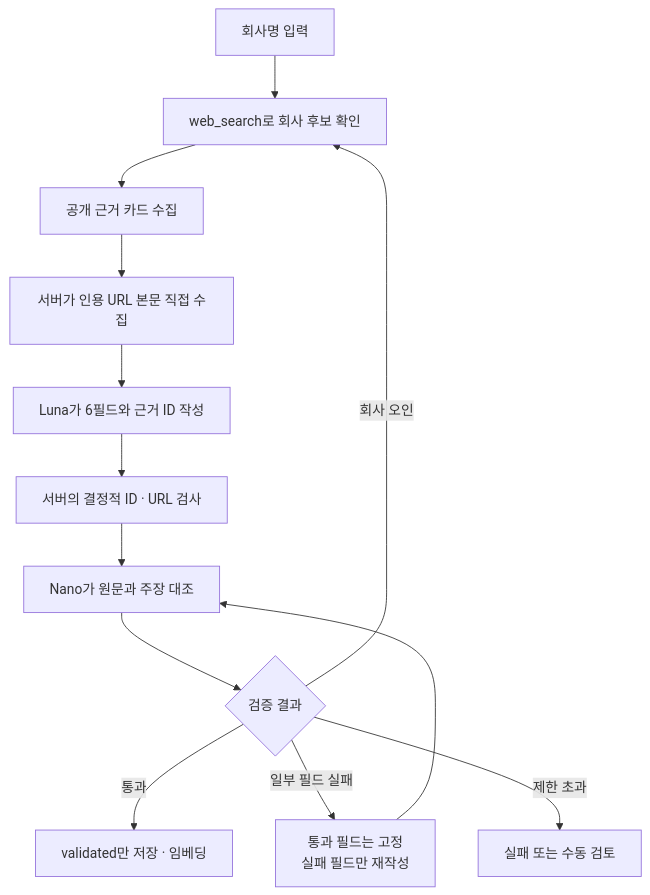
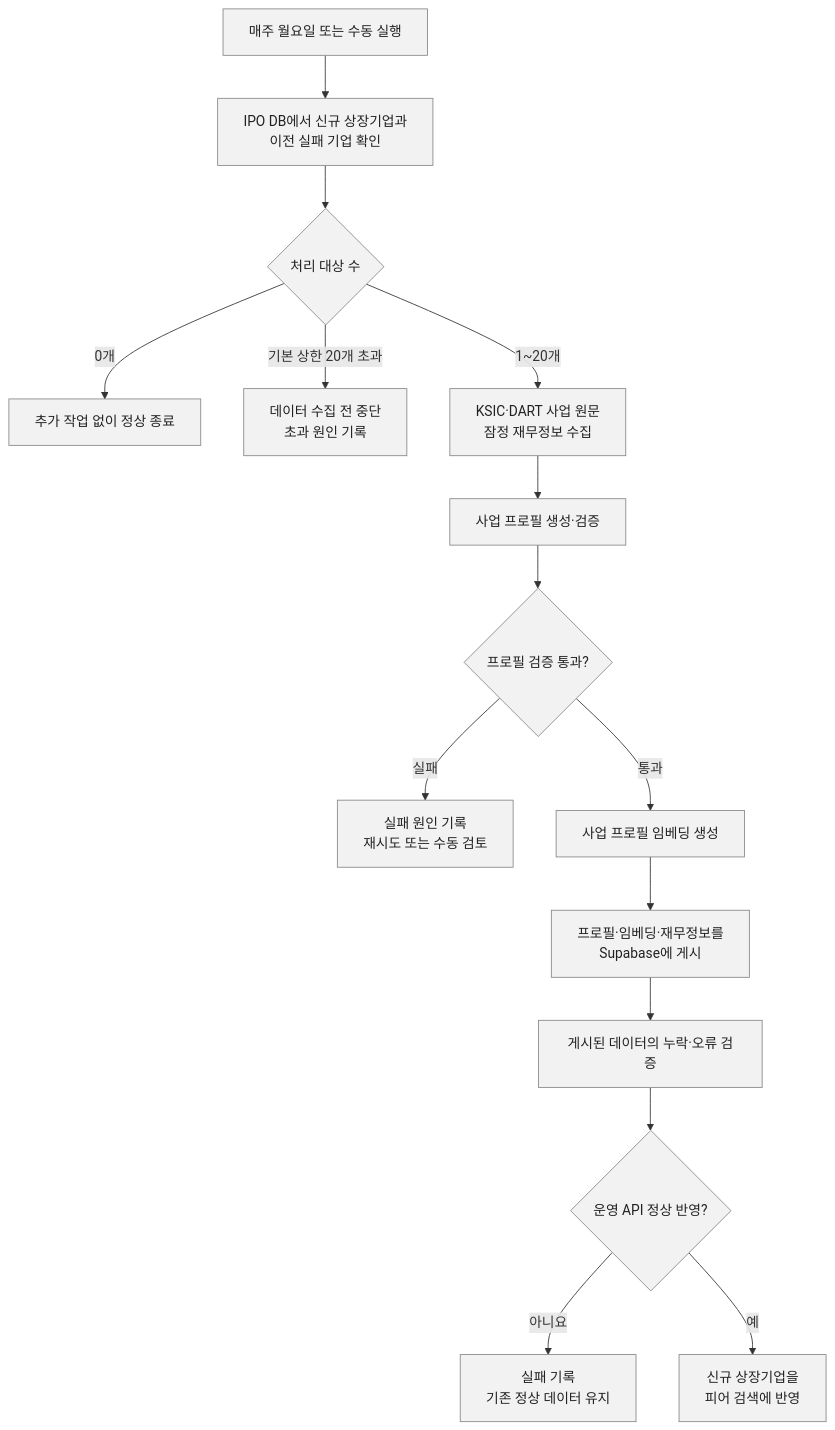
The third of 3 diagrams in content/posts/peergroup-engineering.md (Larryjisu/larryjisu.github.io), drawn with Mermaid before and after one commit. The commit also changed other lines of this file and 5 other files, not shown here.

````diff
--- a/content/posts/peergroup-engineering.md
+++ b/content/posts/peergroup-engineering.md
@@ -117,15 +104,25 @@
 ```mermaid
-flowchart TD
-    A["회사명 입력"] --> B["web_search로 회사 후보 확인"]
-    B --> C["공개 근거 카드 수집"]
-    C --> D["서버가 인용 URL 본문 직접 수집"]
-    D --> E["Luna가 6필드와 근거 ID 작성"]
-    E --> F["서버의 결정적 ID · URL 검사"]
-    F --> G["Nano가 원문과 주장 대조"]
-    G --> H{"검증 결과"}
-    H -->|"통과"| I["validated만 저장 · 임베딩"]
-    H -->|"회사 오인"| B
-    H -->|"일부 필드 실패"| J["통과 필드는 고정<br/>실패 필드만 재작성"]
-    J --> G
-    H -->|"제한 초과"| K["실패 또는 수동 검토"]
+flowchart TB
+    A["매주 월요일 또는 수동 실행"] --> B["IPO DB에서 신규 상장기업과<br/>이전 실패 기업 확인"]
+    B --> C{"처리 대상 수"}
+
+    C -->|"0개"| D["추가 작업 없이 정상 종료"]
+    C -->|"기본 상한 20개 초과"| E["데이터 수집 전 중단<br/>초과 원인 기록"]
+    C -->|"1~20개"| F["KSIC·DART 사업 원문<br/>잠정 재무정보 수집"]
+
+    F --> G["사업 프로필 생성·검증"]
+    G --> H{"프로필 검증 통과?"}
+
+    H -->|"실패"| I["실패 원인 기록<br/>재시도 또는 수동 검토"]
+    H -->|"통과"| J["사업 프로필 임베딩 생성"]
+
+    J --> K["프로필·임베딩·재무정보를<br/>Supabase에 게시"]
+    K --> L["게시된 데이터의 누락·오류 검증"]
+    L --> M{"운영 API 정상 반영?"}
+
+    M -->|"아니요"| N["실패 기록<br/>기존 정상 데이터 유지"]
+    M -->|"예"| O["신규 상장기업을<br/>피어 검색에 반영"]
+
+    classDef gray fill:#f2f2f2,stroke:#888888,color:#222222;
+    class A,B,C,D,E,F,G,H,I,J,K,L,M,N,O gray;
 ```
````
